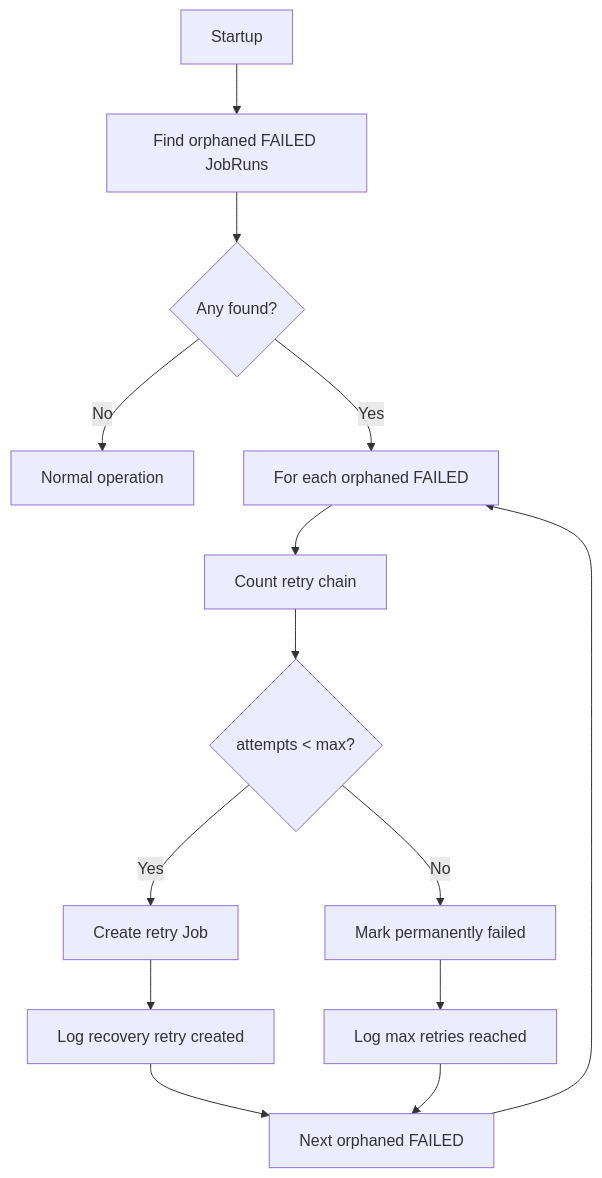
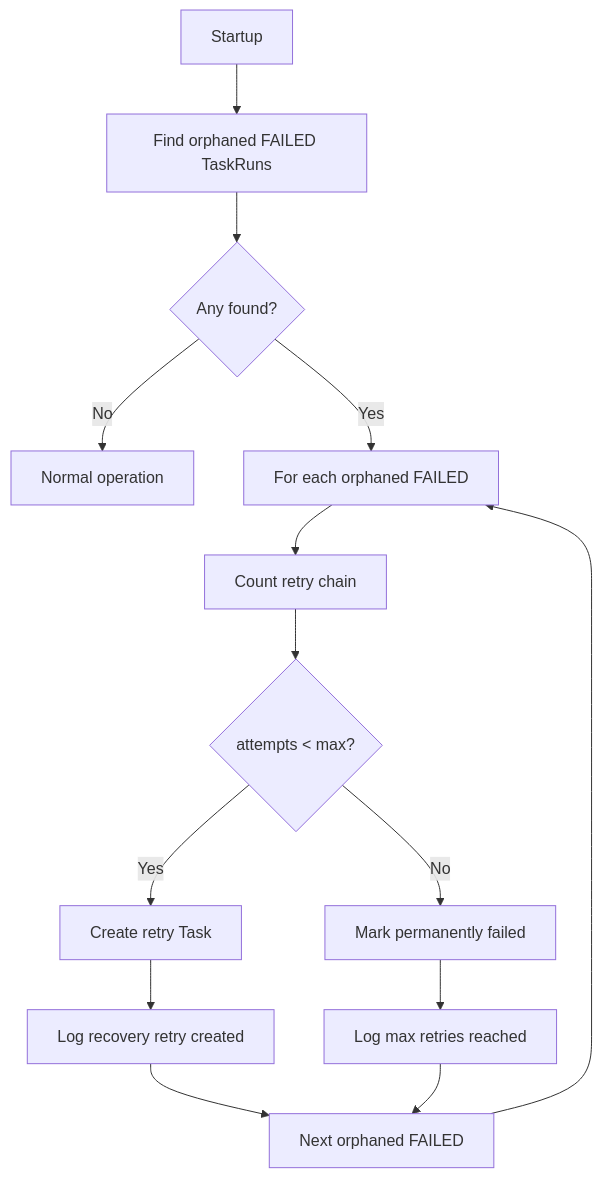
The third of 3 diagrams in docs/task-scheduler/RECOVERY_SCENARIOS.md (VinylStage/horror-story-generator), drawn with Mermaid before and after one commit. The commit also changed other lines of this file and 24 other files, not shown here.

````diff
--- a/docs/task-scheduler/RECOVERY_SCENARIOS.md
+++ b/docs/task-scheduler/RECOVERY_SCENARIOS.md
@@ -212,16 +212,16 @@
 ```mermaid
 flowchart TD
-    A[Startup] --> B[Find orphaned FAILED JobRuns]
+    A[Startup] --> B[Find orphaned FAILED TaskRuns]
     B --> C{Any found?}
     C -->|No| Z[Normal operation]
     C -->|Yes| D[For each orphaned FAILED]
     D --> E[Count retry chain]
     E --> F{attempts < max?}
-    F -->|Yes| G[Create retry Job]
+    F -->|Yes| G[Create retry Task]
     F -->|No| H[Mark permanently failed]
     G --> I[Log recovery retry created]
     H --> J[Log max retries reached]
     I --> K[Next orphaned FAILED]
     J --> K
     K --> D
 ```
````
